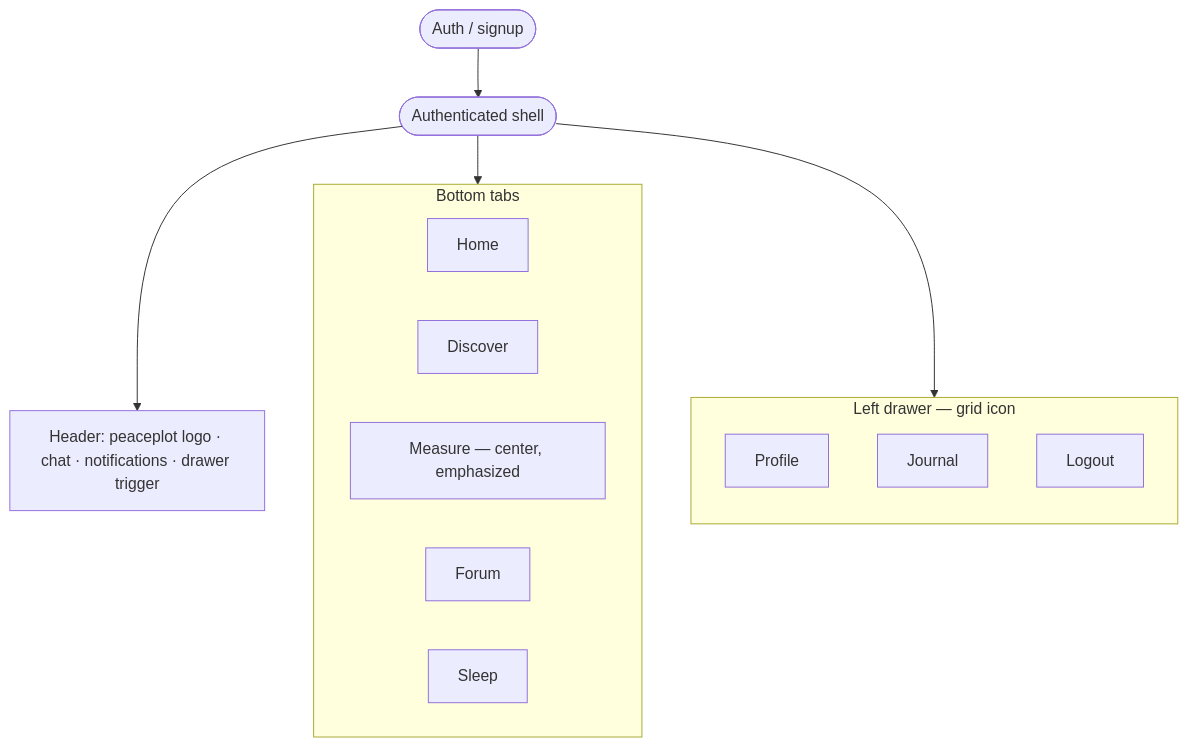
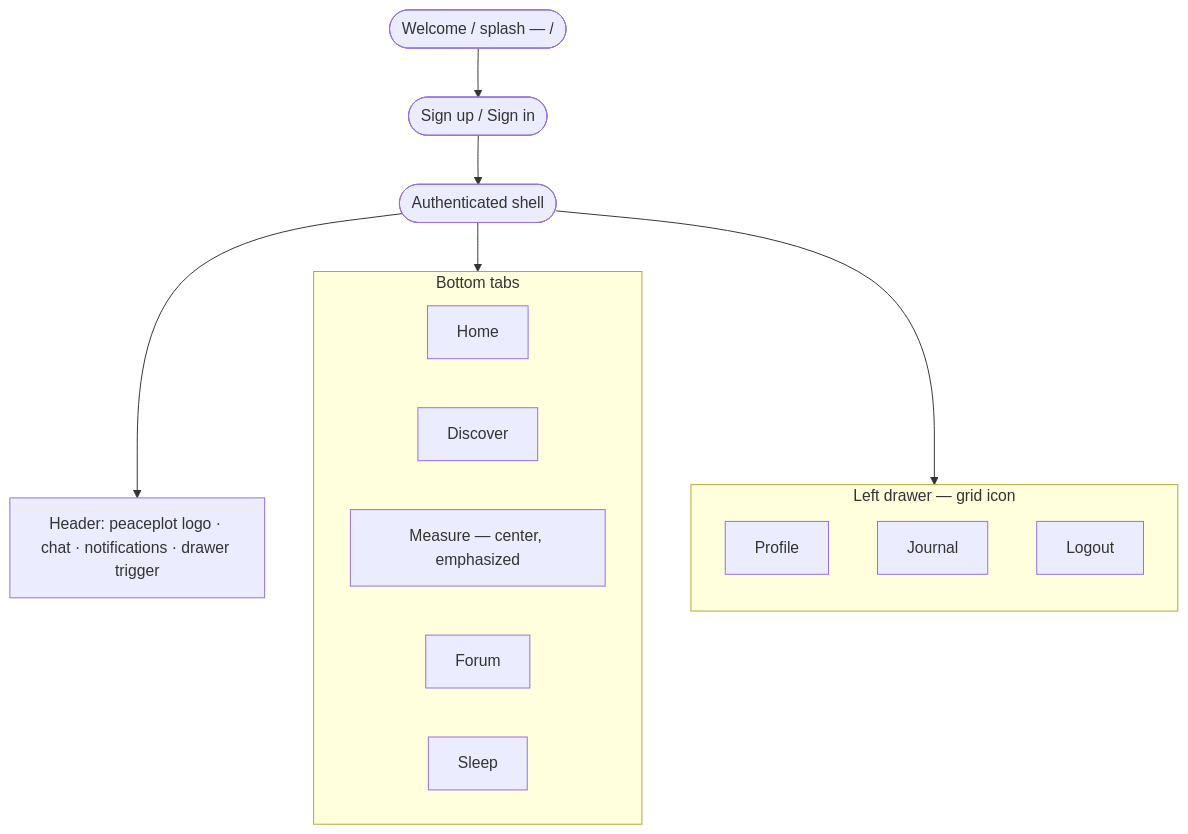
The first of 2 diagrams in plan/plan.md (venu-1o15o411-wola/PeacePlot), drawn with Mermaid before and after one commit. The commit also changed other lines of this file and 34 other files, not shown here.

Commit message:
feat: login, signup, welcome UI basic completed

````diff
--- a/plan/plan.md
+++ b/plan/plan.md
@@ -106,24 +112,25 @@
 ```mermaid
 flowchart TB
-  Auth([Auth / signup]) --> Shell([Authenticated shell])
+  Welcome([Welcome / splash — /]) --> Auth([Sign up / Sign in])
+  Auth --> Shell([Authenticated shell])
 
   Shell --> Header[Header: peaceplot logo · chat · notifications · drawer trigger]
   Shell --> Tabs
   Shell --> Drawer
 
   subgraph Tabs["Bottom tabs"]
     direction LR
     H[Home]
     D[Discover]
     M["Measure — center, emphasized"]
     F[Forum]
     S[Sleep]
   end
 
   subgraph Drawer["Left drawer — grid icon"]
     direction TB
     P[Profile]
     J[Journal]
     L[Logout]
   end
 ```
````
